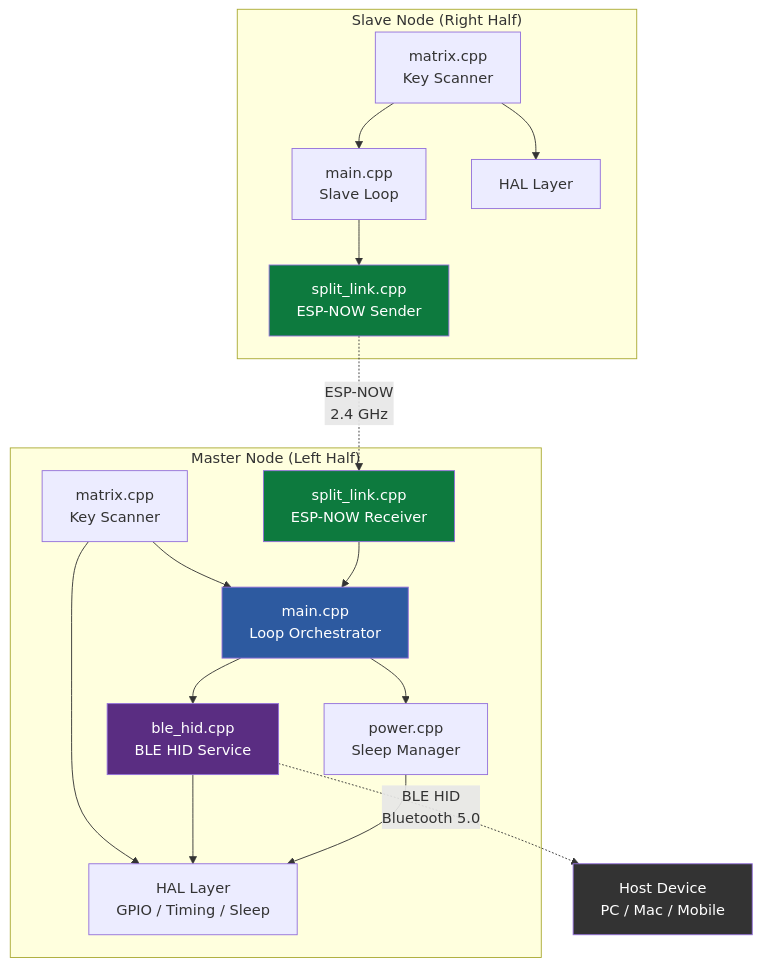
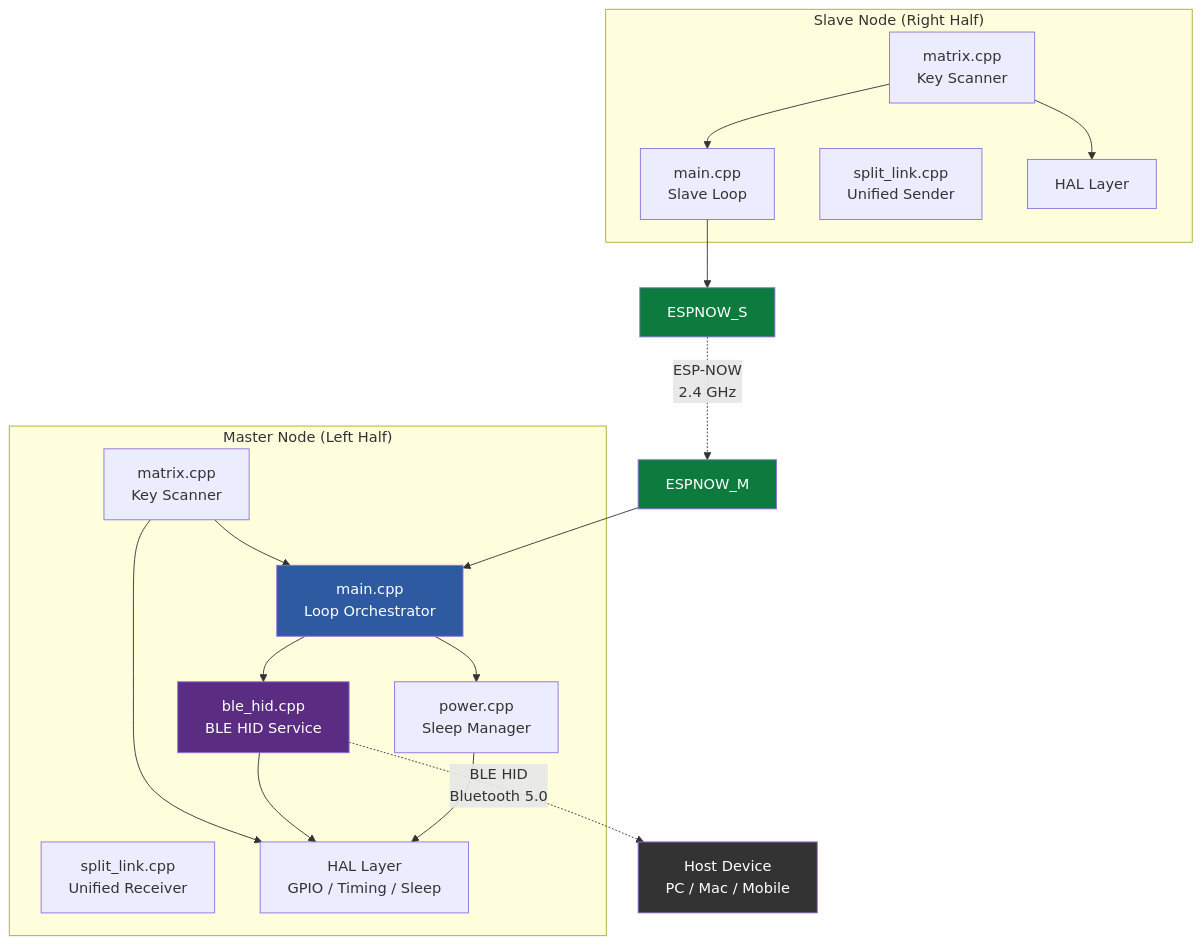
One commit to ch2oma-hbtb/c3-cascade changed the first of 4 diagrams in docs/firmware_guide.md. Above: the diagram before and after it, drawn with Mermaid. The commit also changed other lines of this file and 21 other files, not shown here.

````diff
--- a/docs/firmware_guide.md
+++ b/docs/firmware_guide.md
@@ -74,41 +76,41 @@
 ```mermaid
 graph TB
     subgraph "Master Node (Left Half)"
         MAIN[main.cpp<br/>Loop Orchestrator]
         MATRIX[matrix.cpp<br/>Key Scanner]
         BLE[ble_hid.cpp<br/>BLE HID Service]
-        ESPNOW_M[split_link.cpp<br/>ESP-NOW Receiver]
+        SPLIT[split_link.cpp<br/>Unified Receiver]
         POWER[power.cpp<br/>Sleep Manager]
         HAL[HAL Layer<br/>GPIO / Timing / Sleep]
     end
 
     subgraph "Slave Node (Right Half)"
         MAIN_S[main.cpp<br/>Slave Loop]
         MATRIX_S[matrix.cpp<br/>Key Scanner]
-        ESPNOW_S[split_link.cpp<br/>ESP-NOW Sender]
+        SPLIT_S[split_link.cpp<br/>Unified Sender]
         HAL_S[HAL Layer]
     end
 
     HOST[Host Device<br/>PC / Mac / Mobile]
 
     MATRIX --> MAIN
     ESPNOW_M --> MAIN
     MAIN --> BLE
     MAIN --> POWER
     MATRIX --> HAL
     BLE --> HAL
     POWER --> HAL
 
     MATRIX_S --> MAIN_S
     MAIN_S --> ESPNOW_S
     MATRIX_S --> HAL_S
 
     ESPNOW_S -.->|ESP-NOW<br/>2.4 GHz| ESPNOW_M
     BLE -.->|BLE HID<br/>Bluetooth 5.0| HOST
 
     style MAIN fill:#2d5aa0,color:#fff
     style BLE fill:#5a2d82,color:#fff
     style ESPNOW_M fill:#0d7a3e,color:#fff
     style ESPNOW_S fill:#0d7a3e,color:#fff
     style HOST fill:#333,color:#fff
 ```
````
